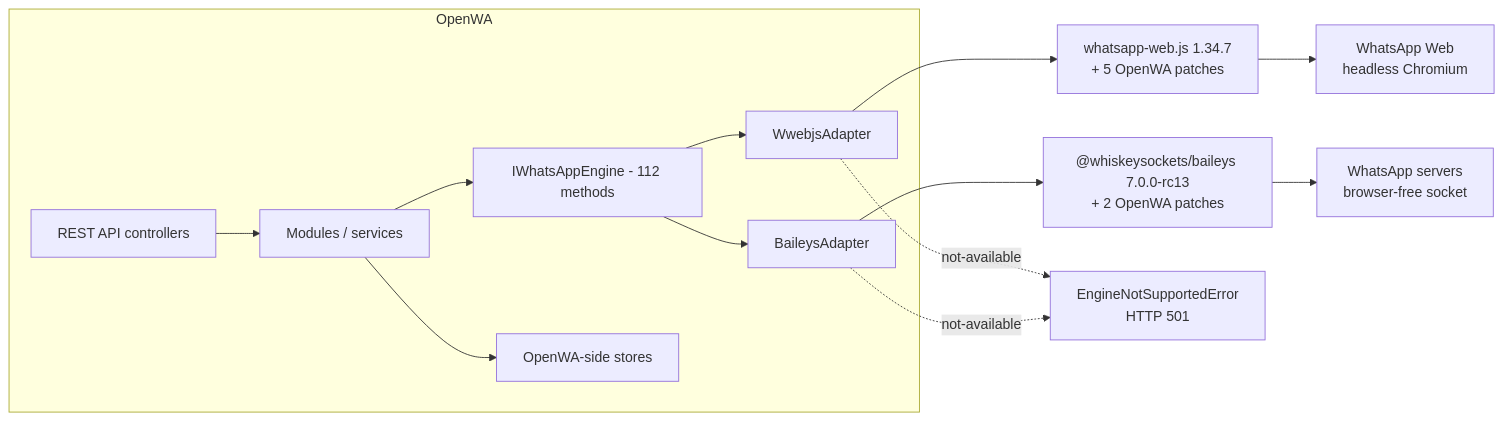
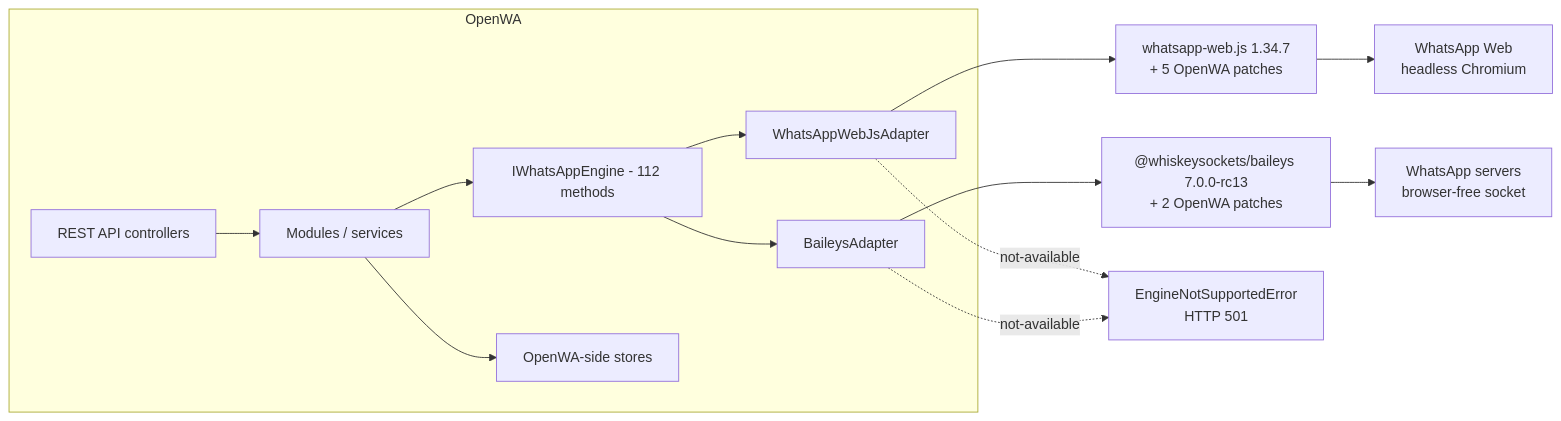
Before and after one commit to nourayman21k/OpenWA: the first of 2 diagrams in docs/29-engine-capability-matrix.md, drawn with Mermaid. The commit also changed other lines of this file and 1 other file, not shown here.

````diff
--- a/docs/29-engine-capability-matrix.md
+++ b/docs/29-engine-capability-matrix.md
@@ -42,16 +43,16 @@
 ```mermaid
 flowchart LR
     subgraph OpenWA["OpenWA"]
         API["REST API controllers"] --> SVC["Modules / services"]
         SVC --> IF["IWhatsAppEngine - 112 methods"]
-        IF --> WA["WwebjsAdapter"]
+        IF --> WA["WhatsAppWebJsAdapter"]
         IF --> BA["BaileysAdapter"]
         SVC --> STORE["OpenWA-side stores"]
     end
     WA --> WLIB["whatsapp-web.js 1.34.7<br/>+ 5 OpenWA patches"]
     BA --> BLIB["@whiskeysockets/baileys 7.0.0-rc13<br/>+ 2 OpenWA patches"]
     WLIB --> WEB["WhatsApp Web<br/>headless Chromium"]
     BLIB --> WAS["WhatsApp servers<br/>browser-free socket"]
     WA -.->|"not-available"| E["EngineNotSupportedError<br/>HTTP 501"]
     BA -.->|"not-available"| E
 ```
````
